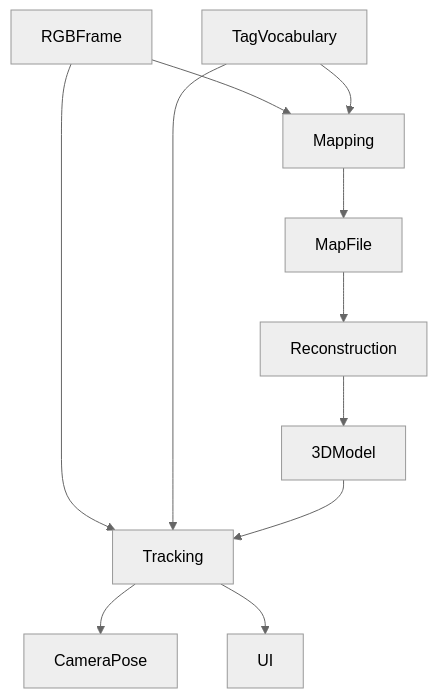
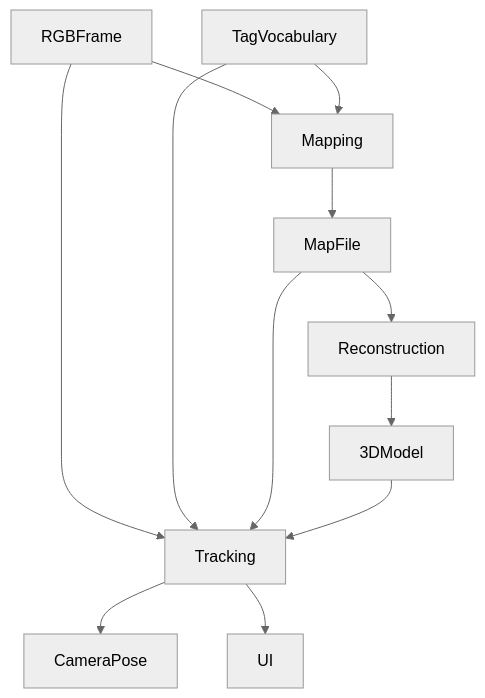
Before and after one commit to ibois-epfl/TSlam: the diagram in eval/readme.md, drawn with Mermaid (neutral theme).

Commit message:
FIX: minor fix in graph

````diff
--- a/eval/readme.md
+++ b/eval/readme.md
@@ -27,19 +27,21 @@
 ```mermaid
 graph TD;
     RGBFrame-->Mapping;
     RGBFrame-->Tracking;
 
     TagVocabulary-->Mapping;
     TagVocabulary-->Tracking;
 
     Mapping-->MapFile;
 
+    MapFile-->Tracking;
+
     MapFile-->Reconstruction
     Reconstruction-->3DModel
 
     3DModel-->Tracking
 
     Tracking-->CameraPose
     Tracking-->UI
 
 ```
````
